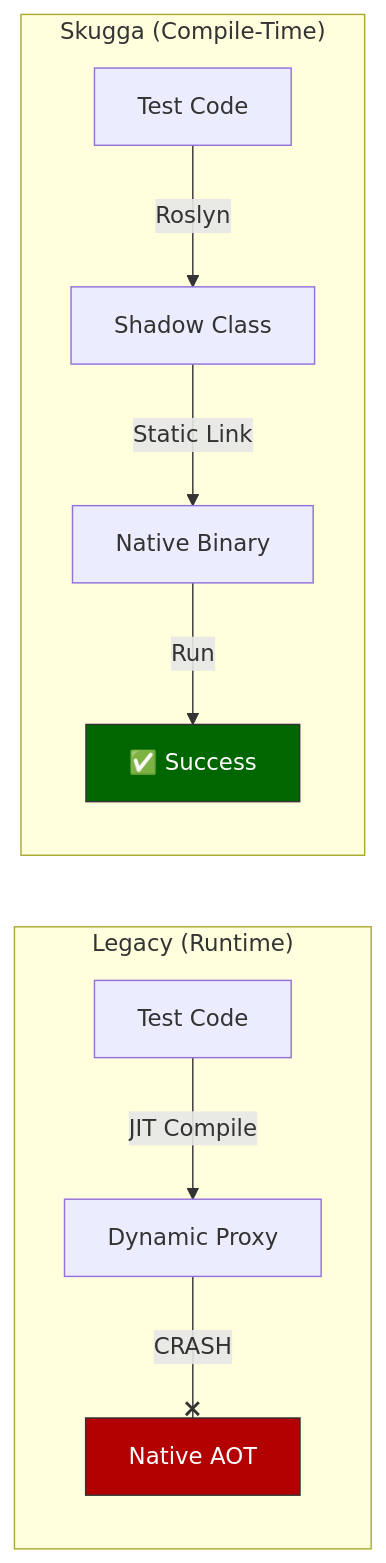
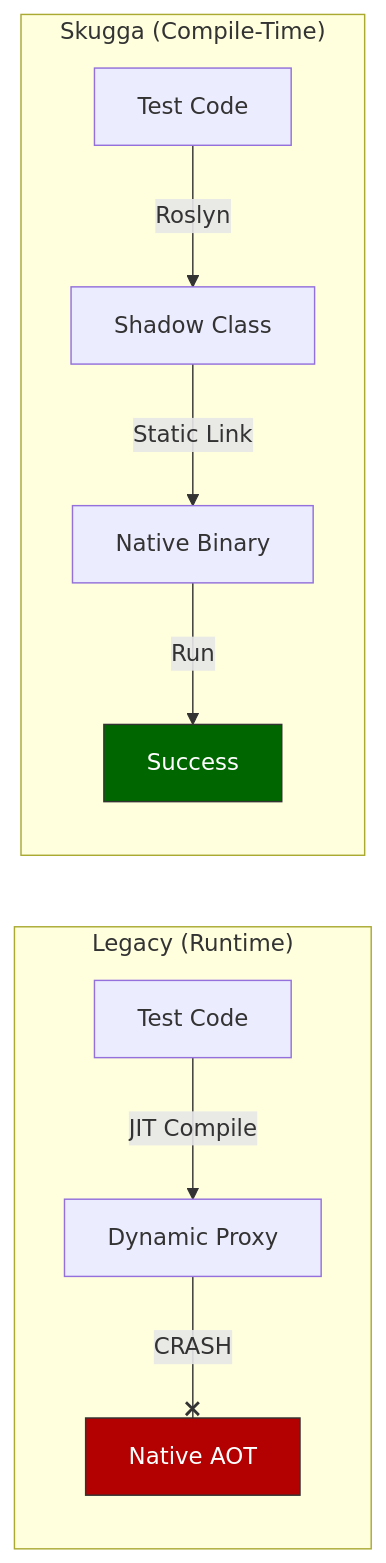
One commit to Digvijay/Skugga changed the diagram in docs/TECHNICAL_SUMMARY.md. Above: the diagram before and after it, drawn with Mermaid. The commit also changed other lines of this file and 45 other files, not shown here.

````diff
--- a/docs/TECHNICAL_SUMMARY.md
+++ b/docs/TECHNICAL_SUMMARY.md
@@ -27,16 +27,16 @@
 ```mermaid
 graph LR
     subgraph "Legacy (Runtime)"
         Code1[Test Code] -->|JIT Compile| Proxy[Dynamic Proxy]
         Proxy --x|CRASH| AOT[Native AOT]
     end
 
     subgraph "Skugga (Compile-Time)"
         Code2[Test Code] -->|Roslyn| Shadow[Shadow Class]
         Shadow -->|Static Link| Binary[Native Binary]
-        Binary -->|Run| Success[✅ Success]
+        Binary -->|Run| Success[ Success]
     end
 
     style AOT fill:#b30000,stroke:#333,color:#fff
     style Success fill:#006600,stroke:#333,color:#fff
 ```
````
